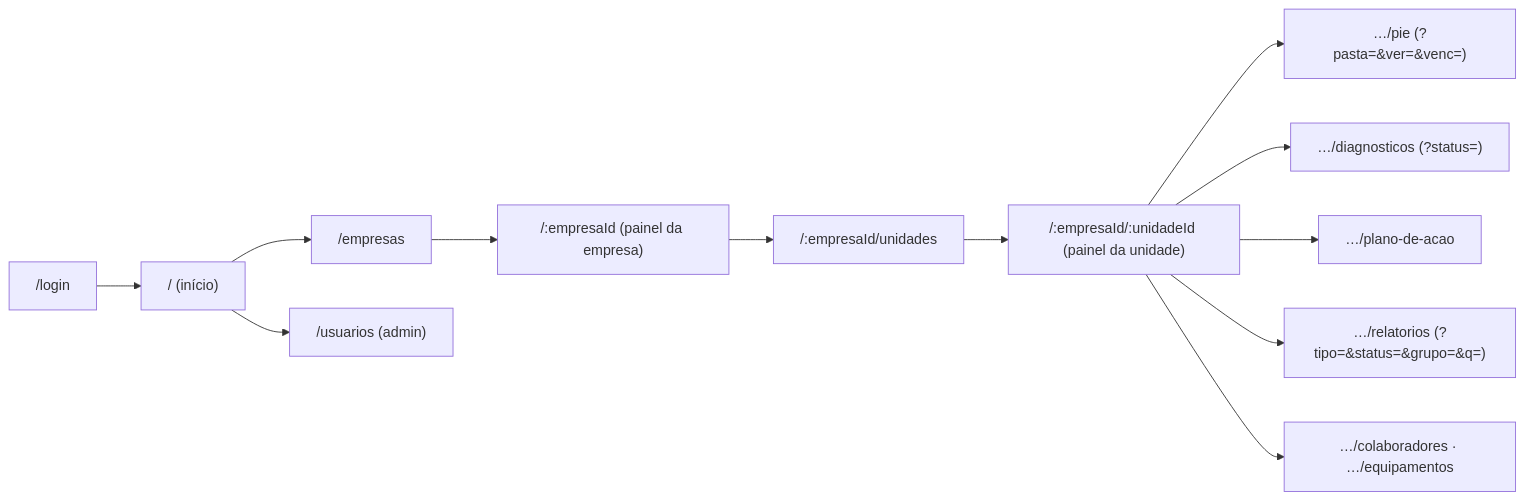
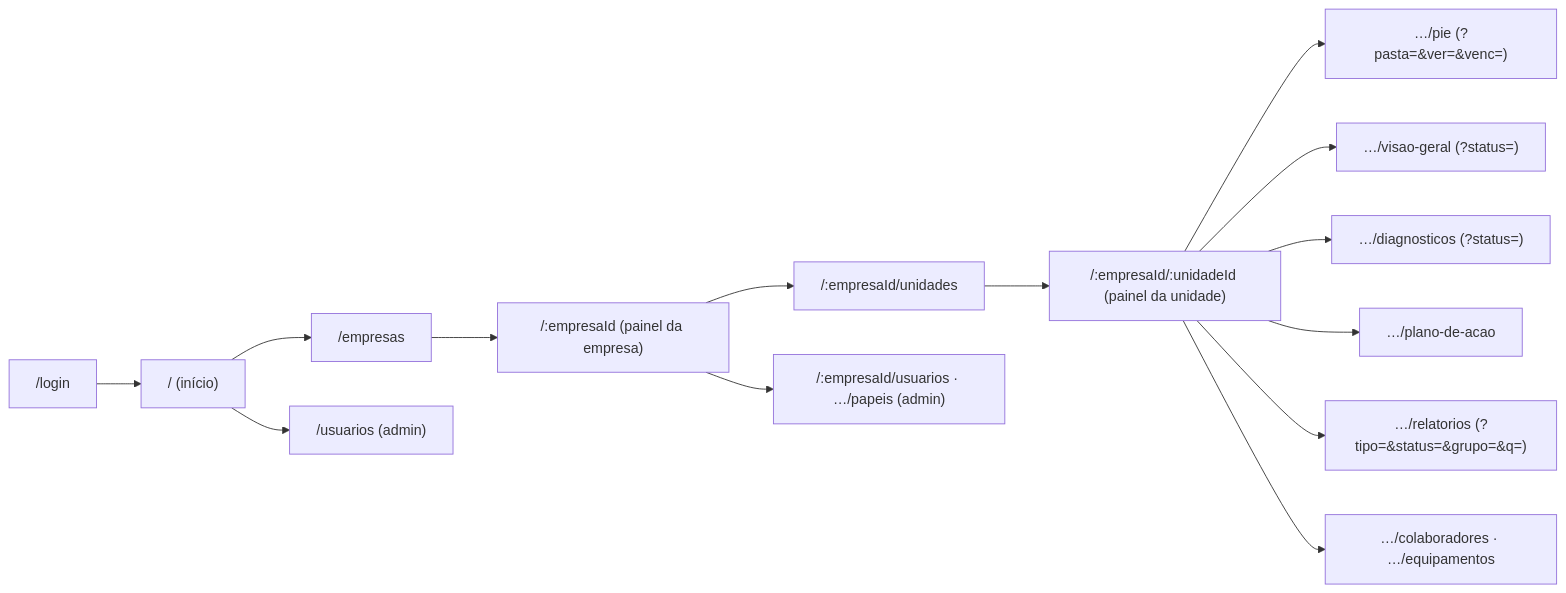
One commit to jcjoo/easynr10-fable changed the third of 8 diagrams in projeto.md. Above: the diagram before and after it, drawn with Mermaid. The commit also changed other lines of this file and 4 other files, not shown here.

````diff
--- a/projeto.md
+++ b/projeto.md
@@ -235,14 +241,16 @@
 ```mermaid
 graph LR
     L["/login"] --> D["/ (início)"]
     D --> E["/empresas"]
     E --> EO["/:empresaId (painel da empresa)"]
     EO --> UN["/:empresaId/unidades"]
+    EO --> EU["/:empresaId/usuarios · …/papeis (admin)"]
     UN --> UH["/:empresaId/:unidadeId (painel da unidade)"]
     UH --> PIE["…/pie (?pasta=&ver=&venc=)"]
+    UH --> VG["…/visao-geral (?status=)"]
     UH --> DIAG["…/diagnosticos (?status=)"]
     UH --> PA["…/plano-de-acao"]
     UH --> REL["…/relatorios (?tipo=&status=&grupo=&q=)"]
     UH --> CAD["…/colaboradores · …/equipamentos"]
     D --> USR["/usuarios (admin)"]
 ```
````
